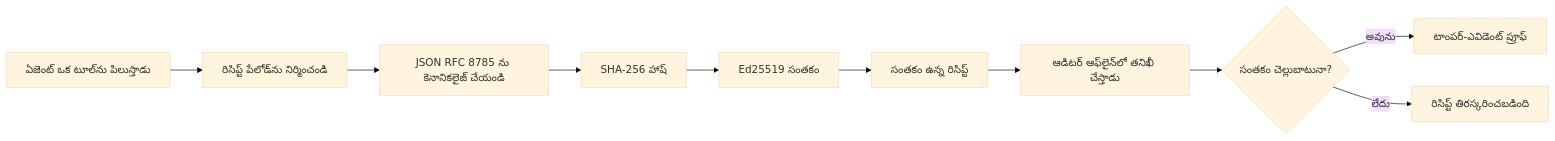
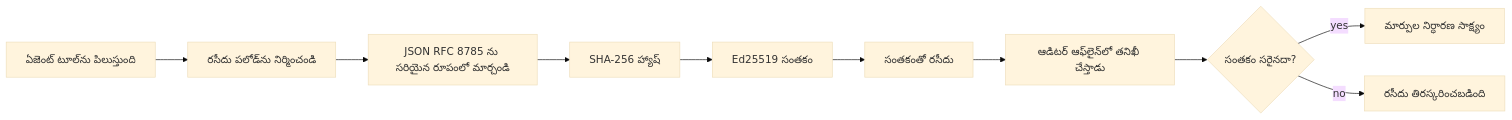
One commit to gabrielmoreira/agent-skills-mirror changed the first of 2 diagrams in mirrors/repos/microsoft@ai-agents-for-beginners/translations/te/18-securing-ai-agents/README.md. Above: the diagram before and after it, drawn with Mermaid (base theme). The commit also changed other lines of this file and 4482 other files, not shown here.

````diff
--- a/mirrors/repos/microsoft@ai-agents-for-beginners/translations/te/18-securing-ai-agents/README.md
+++ b/mirrors/repos/microsoft@ai-agents-for-beginners/translations/te/18-securing-ai-agents/README.md
@@ -51,12 +51,12 @@
 ```mermaid
 flowchart LR
-    A[ఏజెంట్ ఒక టూల్‌ను పిలుస్తాడు] --> B[రిసిప్ట్ పేలోడ్‌ను నిర్మించండి]
-    B --> C[JSON RFC 8785 ను కెనానికలైజ్ చేయండి]
-    C --> D[SHA-256 హాష్]
+    A[ఏజెంట్ టూల్‌ను పిలుస్తుంది] --> B[రసీదు పలోడ్‌ను నిర్మించండి]
+    B --> C[JSON RFC 8785 ను సరియైన రూపంలో మార్చండి]
+    C --> D[SHA-256 హ్యాష్]
     D --> E[Ed25519 సంతకం]
-    E --> F[సంతకం ఉన్న రిసిప్ట్]
+    E --> F[సంతకంతో రసీదు]
     F --> G[ఆడిటర్ ఆఫ్‌లైన్‌లో తనిఖీ చేస్తాడు]
-    G --> H{సంతకం చెల్లుబాటునా?}
-    H -- అవును --> I[టాంపర్-ఎవిడెంట్ ప్రూఫ్]
-    H -- లేదు --> J[రిసిప్ట్ తిరస్కరించబడింది]
+    G --> H{సంతకం సరైనదా?}
+    H -- yes --> I[మార్పుల నిర్ధారణ సాక్ష్యం]
+    H -- no --> J[రసీదు తిరస్కరించబడింది]
 ```
````
